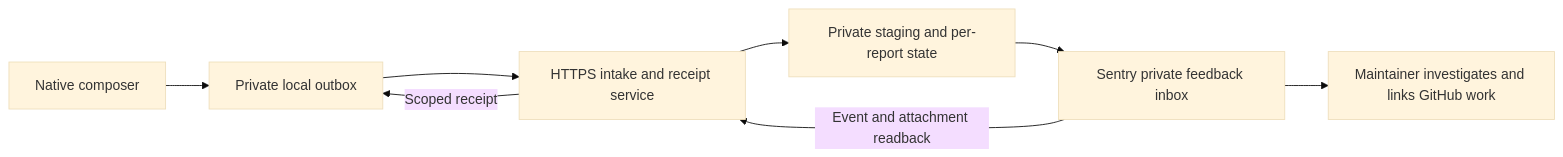
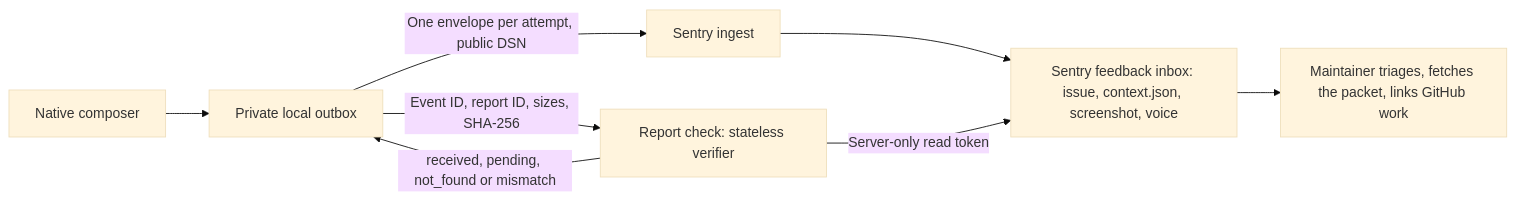
The diagram in docs/bug-reporting.md (EthDawg/workbench), drawn with Mermaid (base theme) before and after one commit. The commit also changed other lines of this file and 3 other files, not shown here.

First line of the commit message:
Revise Report a problem for direct Sentry delivery

````diff
--- a/docs/bug-reporting.md
+++ b/docs/bug-reporting.md
@@ -26,10 +28,10 @@
 ```mermaid
 flowchart LR
   A[Native composer] --> B[Private local outbox]
-  B --> C[HTTPS intake and receipt service]
-  C --> D[Private staging and per-report state]
-  D --> E[Sentry private feedback inbox]
-  E --> F[Maintainer investigates and links GitHub work]
-  E -->|Event and attachment readback| C
-  C -->|Scoped receipt| B
+  B -->|One envelope per attempt, public DSN| C[Sentry ingest]
+  C --> D[Sentry feedback inbox: issue, context.json, screenshot, voice]
+  B -->|Event ID, report ID, sizes, SHA-256| E[Report check: stateless verifier]
+  E -->|Server-only read token| D
+  E -->|received, pending, not_found or mismatch| B
+  D --> F[Maintainer triages, fetches the packet, links GitHub work]
 ```
````
